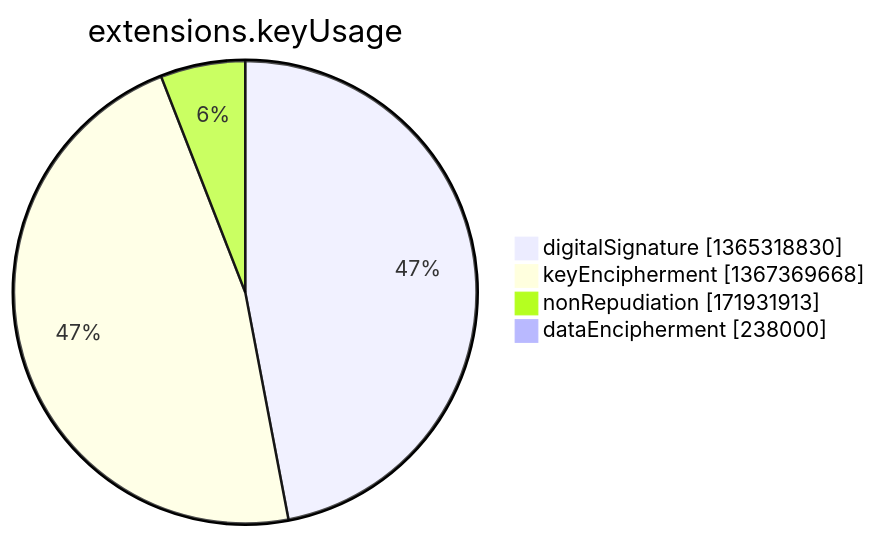
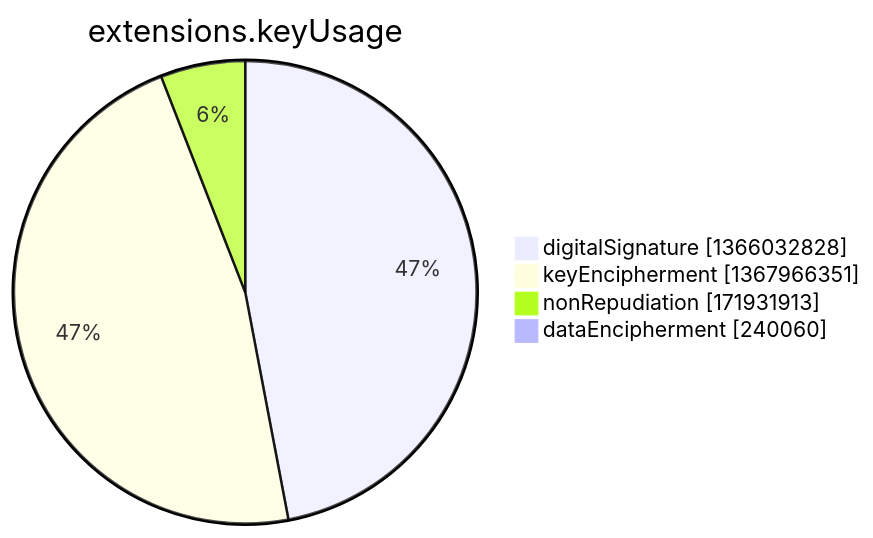
One commit to christiankrug/ctmonitor_visualization changed the seventh of 15 diagrams in argon2022/README.md. Above: the diagram before and after it, drawn with Mermaid. The commit also changed other lines of this file, not shown here.

````diff
--- a/argon2022/README.md
+++ b/argon2022/README.md
@@ -2751,8 +2751,8 @@
 ```mermaid
 pie showData
 title extensions.keyUsage
-"digitalSignature" :1365318830
-"keyEncipherment" :1367369668
+"digitalSignature" :1366032828
+"keyEncipherment" :1367966351
 "nonRepudiation" :171931913
-"dataEncipherment" :238000
+"dataEncipherment" :240060
 ```
````
